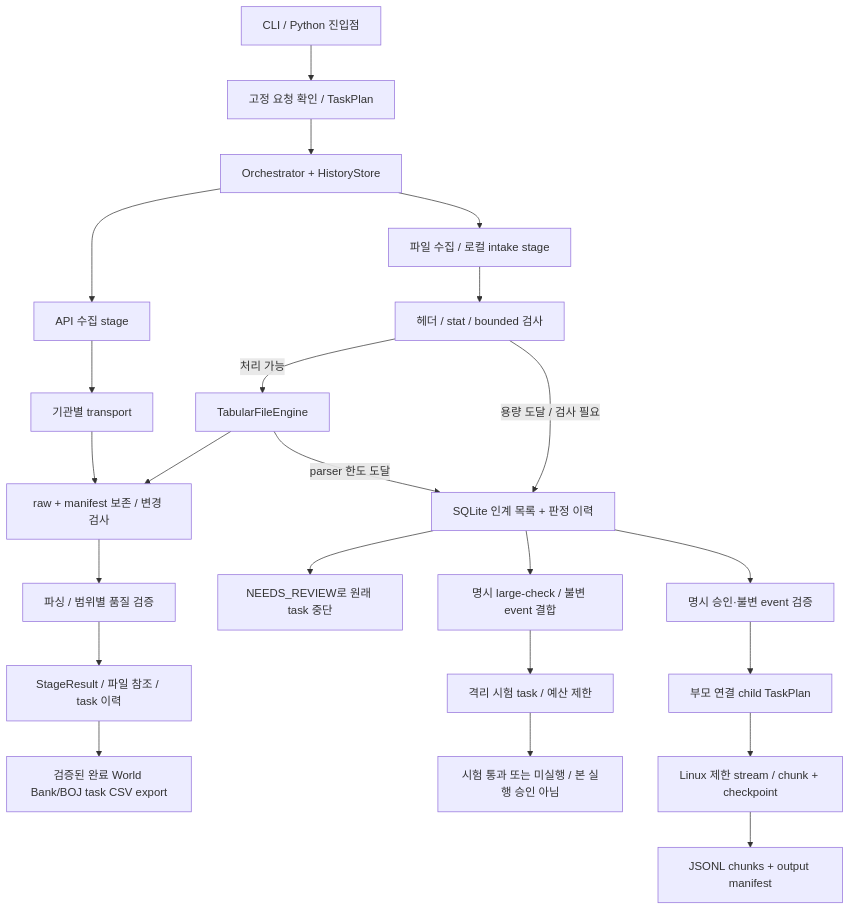
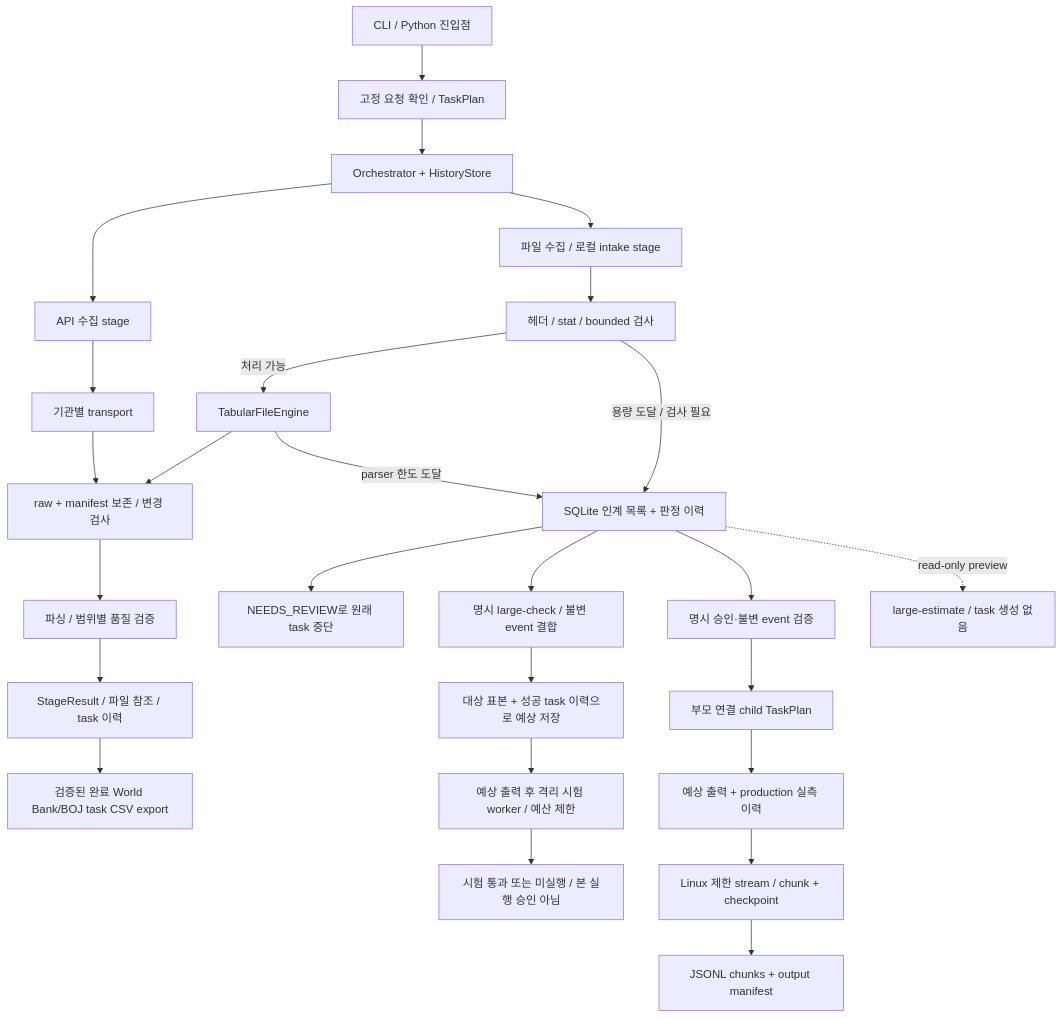
Before and after one commit to jaeu983-lang/MacroAtlas: the diagram in docs/ENGINE_CONNECTIONS.md, drawn with Mermaid. The commit also changed other lines of this file and 19 other files, not shown here.

````diff
--- a/docs/ENGINE_CONNECTIONS.md
+++ b/docs/ENGINE_CONNECTIONS.md
@@ -8,25 +8,28 @@
 ```mermaid
 flowchart TD
     CLI[CLI / Python 진입점] --> PLAN[고정 요청 확인 / TaskPlan]
     PLAN --> RUN[Orchestrator + HistoryStore]
     RUN --> API[API 수집 stage]
     RUN --> FILE[파일 수집 / 로컬 intake stage]
     API --> HTTP[기관별 transport]
     HTTP --> RAW[raw + manifest 보존 / 변경 검사]
     RAW --> VALID[파싱 / 범위별 품질 검증]
     FILE --> SIZE[헤더 / stat / bounded 검사]
     SIZE -->|처리 가능| SMALL[TabularFileEngine]
     SMALL --> RAW
     SIZE -->|용량 도달 / 검사 필요| DEFER[SQLite 인계 목록 + 판정 이력]
     SMALL -->|parser 한도 도달| DEFER
     VALID --> RESULT[StageResult / 파일 참조 / task 이력]
     DEFER --> STOP[NEEDS_REVIEW로 원래 task 중단]
     DEFER --> TRIAL[명시 large-check / 불변 event 결합]
-    TRIAL --> QUAL[격리 시험 task / 예산 제한]
+    TRIAL --> PROFILE[대상 표본 + 성공 task 이력으로 예상 저장]
+    PROFILE --> QUAL[예상 출력 후 격리 시험 worker / 예산 제한]
     QUAL --> PROOF[시험 통과 또는 미실행 / 본 실행 승인 아님]
     DEFER --> HANDOFF[명시 승인·불변 event 검증]
     HANDOFF --> CHILD[부모 연결 child TaskPlan]
-    CHILD --> LARGE[Linux 제한 stream / chunk + checkpoint]
+    CHILD --> LARGEPROFILE[예상 출력 + production 실측 이력]
+    LARGEPROFILE --> LARGE[Linux 제한 stream / chunk + checkpoint]
+    DEFER -. read-only preview .-> PREVIEW[large-estimate / task 생성 없음]
     LARGE --> ARTIFACT[JSONL chunks + output manifest]
     RESULT --> EXPORT[검증된 완료 World Bank/BOJ task CSV export]
 ```
````
